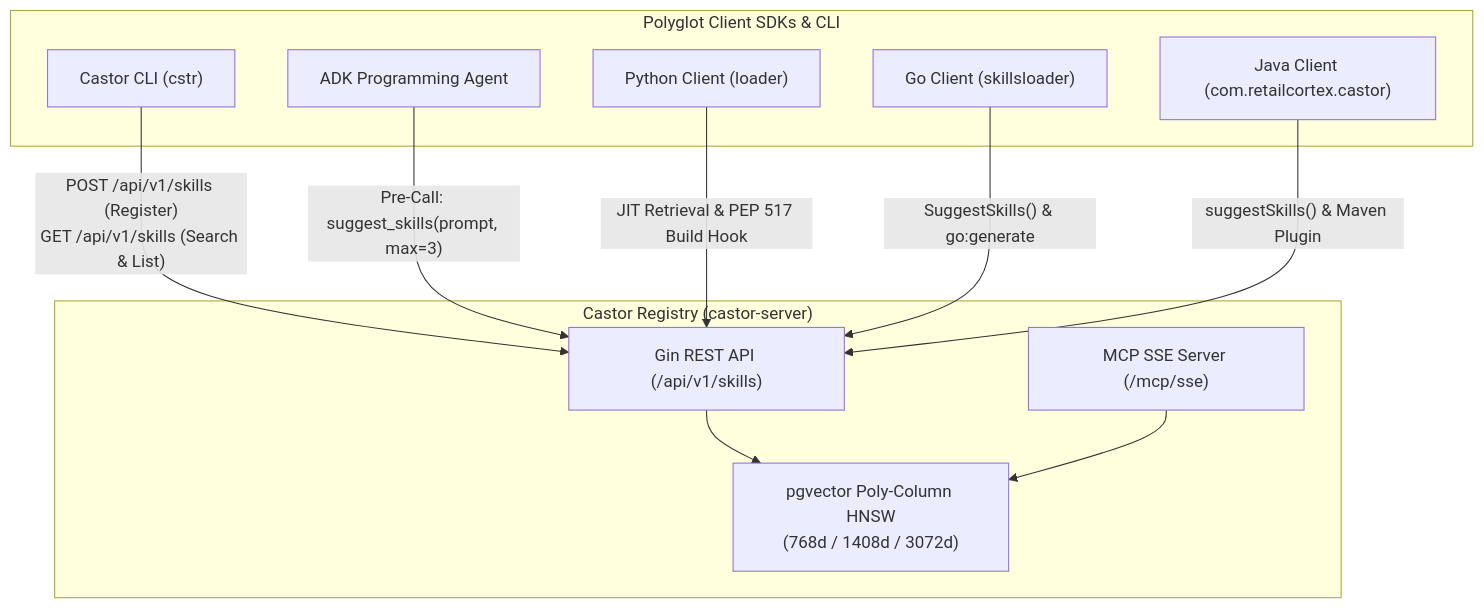
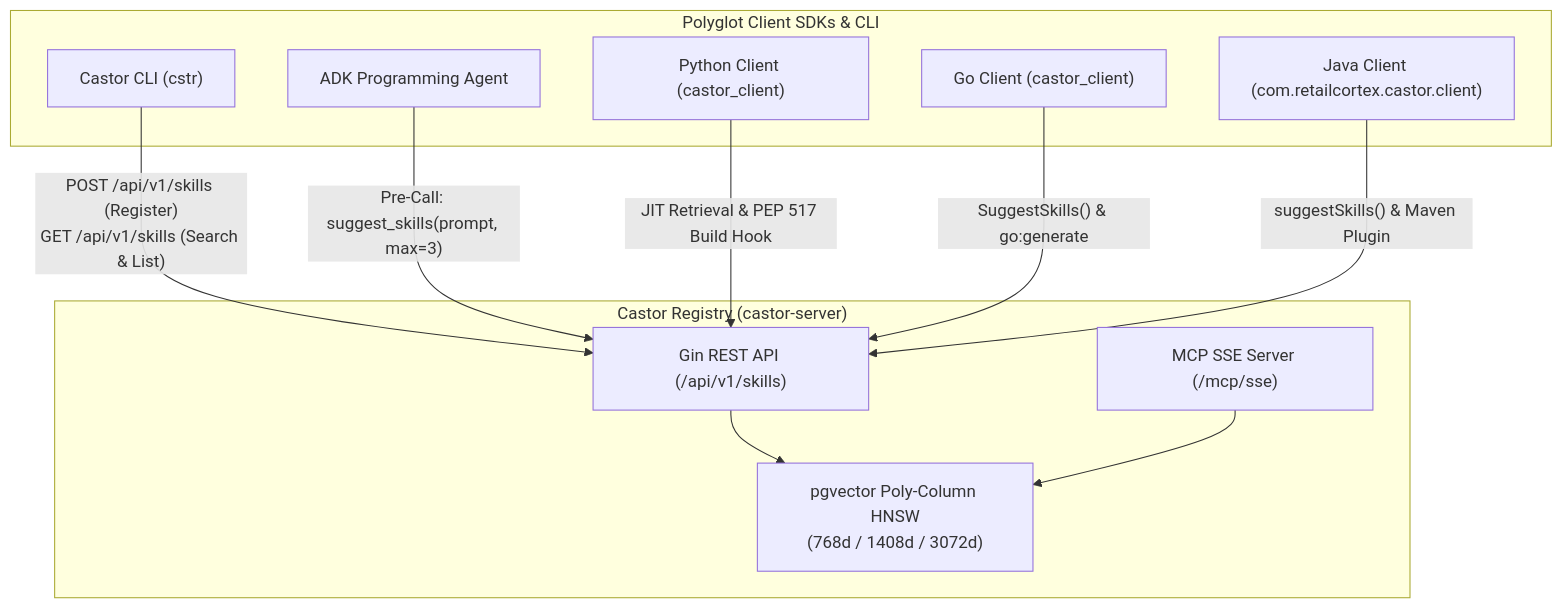
Before and after one commit to retail-cortex/skills: the diagram in README.md, drawn with Mermaid. The commit also changed other lines of this file and 106 other files, not shown here.

````diff
--- a/README.md
+++ b/README.md
@@ -18,24 +18,24 @@
 ```mermaid
 graph TD
     subgraph Central Registry ["Castor Registry (castor-server)"]
         S1["Gin REST API (/api/v1/skills)"]
         S2["MCP SSE Server (/mcp/sse)"]
         VEC["pgvector Poly-Column HNSW<br/>(768d / 1408d / 3072d)"]
         S1 --> VEC
         S2 --> VEC
     end
 
     subgraph Clients ["Polyglot Client SDKs & CLI"]
         CLI["Castor CLI (cstr)"]
-        PY["Python Client (loader)"]
-        GO["Go Client (skillsloader)"]
-        JV["Java Client (com.retailcortex.castor)"]
+        PY["Python Client (castor_client)"]
+        GO["Go Client (castor_client)"]
+        JV["Java Client (com.retailcortex.castor.client)"]
         ADK["ADK Programming Agent"]
     end
 
     CLI -- "POST /api/v1/skills (Register)<br/>GET /api/v1/skills (Search & List)" --> S1
     ADK -- "Pre-Call: suggest_skills(prompt, max=3)" --> S1
     PY -- "JIT Retrieval & PEP 517 Build Hook" --> S1
     GO -- "SuggestSkills() & go:generate" --> S1
     JV -- "suggestSkills() & Maven Plugin" --> S1
 ```
````
